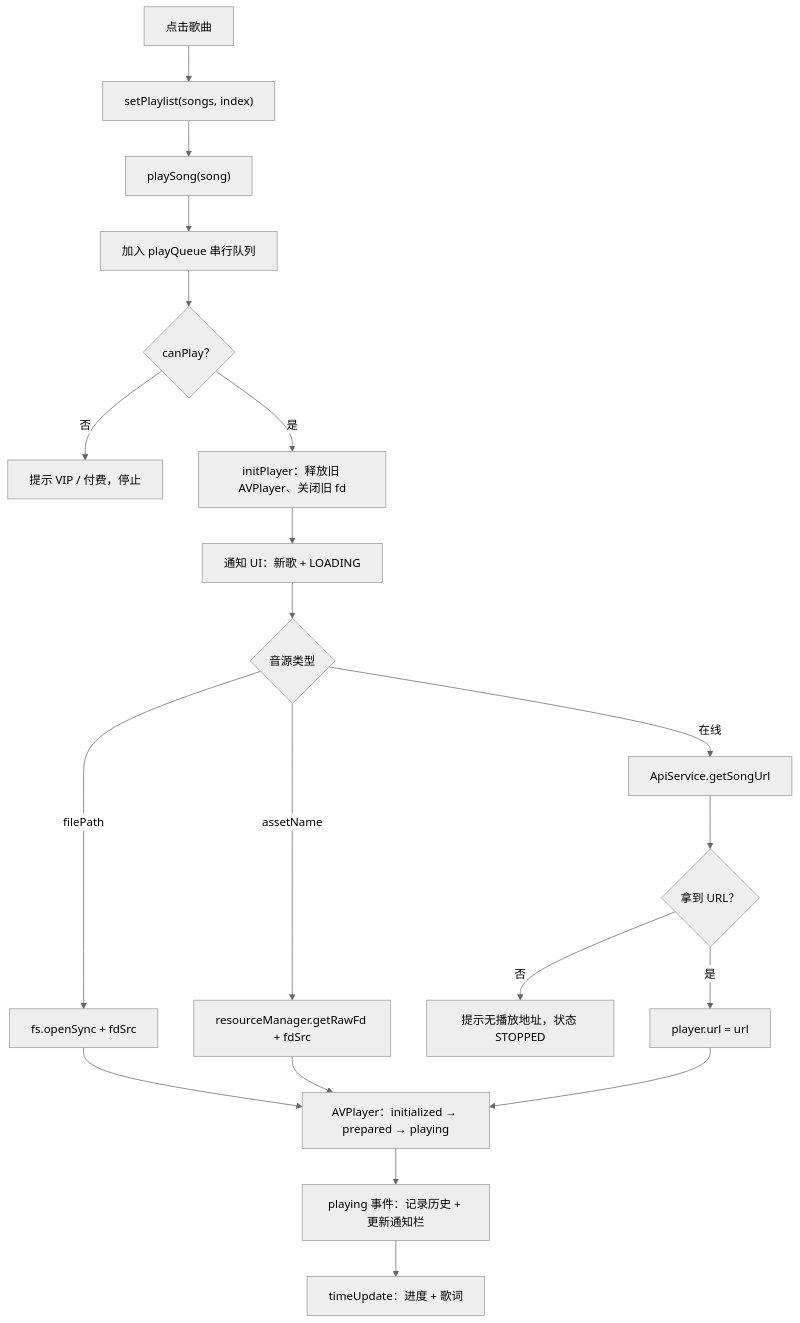
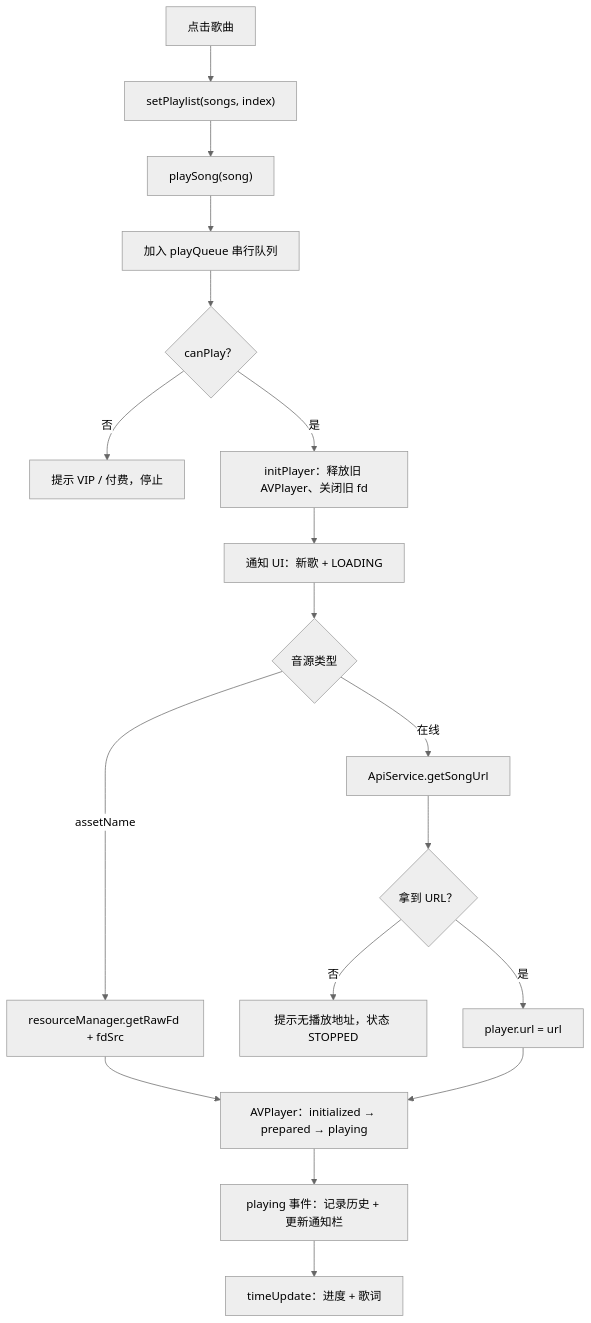
The fifth of 7 diagrams in docs/学习文档.md (blowt16/HarmonyMusicApp), drawn with Mermaid (neutral theme) before and after one commit. The commit also changed other lines of this file and 14 other files, not shown here.

````diff
--- a/docs/学习文档.md
+++ b/docs/学习文档.md
@@ -501,22 +500,20 @@
 ```mermaid
 flowchart TD
   A["点击歌曲"] --> B["setPlaylist(songs, index)"]
   B --> C["playSong(song)"]
   C --> D["加入 playQueue 串行队列"]
   D --> E{"canPlay？"}
   E -- 否 --> F["提示 VIP / 付费，停止"]
   E -- 是 --> G["initPlayer：释放旧 AVPlayer、关闭旧 fd"]
   G --> H["通知 UI：新歌 + LOADING"]
   H --> I{"音源类型"}
-  I -- "filePath" --> J["fs.openSync + fdSrc"]
   I -- "assetName" --> K["resourceManager.getRawFd + fdSrc"]
   I -- "在线" --> L["ApiService.getSongUrl"]
   L --> M{"拿到 URL？"}
   M -- 否 --> N["提示无播放地址，状态 STOPPED"]
   M -- 是 --> O["player.url = url"]
-  J --> P["AVPlayer：initialized → prepared → playing"]
-  K --> P
+  K --> P["AVPlayer：initialized → prepared → playing"]
   O --> P
   P --> Q["playing 事件：记录历史 + 更新通知栏"]
   Q --> R["timeUpdate：进度 + 歌词"]
 ```
````
